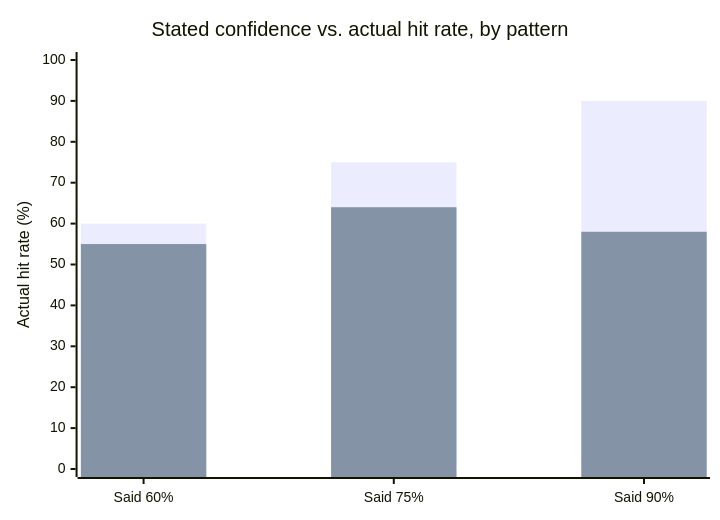
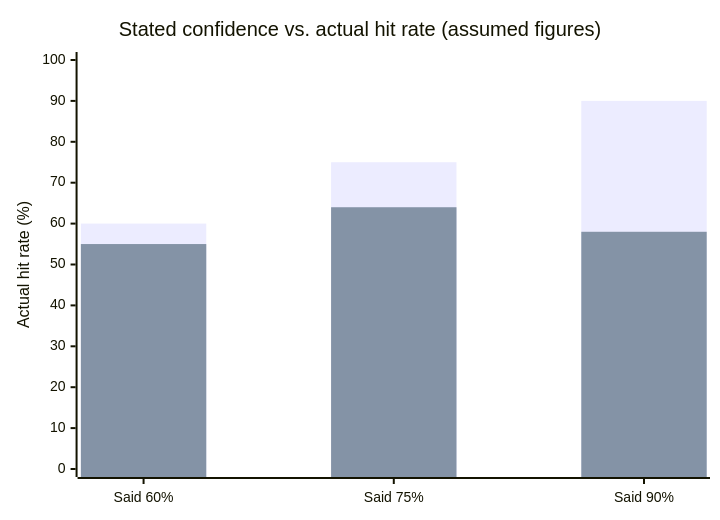
One commit to francoandreDev/knowledge changed the first of 3 diagrams in src/content/learning-craft/calibration/L2-concept.mdx. Above: the diagram before and after it, drawn with Mermaid. The commit also changed other lines of this file and 3 other files, not shown here.

````diff
--- a/src/content/learning-craft/calibration/L2-concept.mdx
+++ b/src/content/learning-craft/calibration/L2-concept.mdx
@@ -32,8 +33,8 @@
 ```mermaid
 xychart-beta
-    title "Stated confidence vs. actual hit rate, by pattern"
+    title "Stated confidence vs. actual hit rate (assumed figures)"
     x-axis ["Said 60%", "Said 75%", "Said 90%"]
     y-axis "Actual hit rate (%)" 0 --> 100
     bar [60, 75, 90]
     bar [55, 64, 58]
 ```
````
